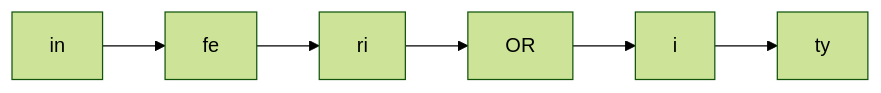
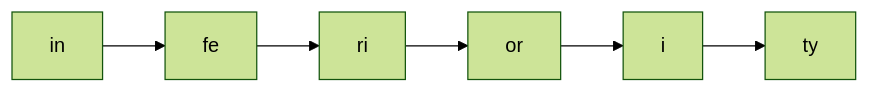
One commit to seki999/DialogueFlow changed the first of 5 diagrams in slides_backup/托业单词/20260630/02.md. Above: the diagram before and after it, drawn with Mermaid (forest theme). The commit also changed other lines of this file and 28 other files, not shown here.

````diff
--- a/slides_backup/托业单词/20260630/02.md
+++ b/slides_backup/托业单词/20260630/02.md
@@ -17,8 +19,8 @@
 ```mermaid
 flowchart LR
     A[in] --> B[fe]
     B --> C[ri]
-    C --> D[OR]
+    C --> D[or]
     D --> E[i]
     E --> F[ty]
 ```
````
